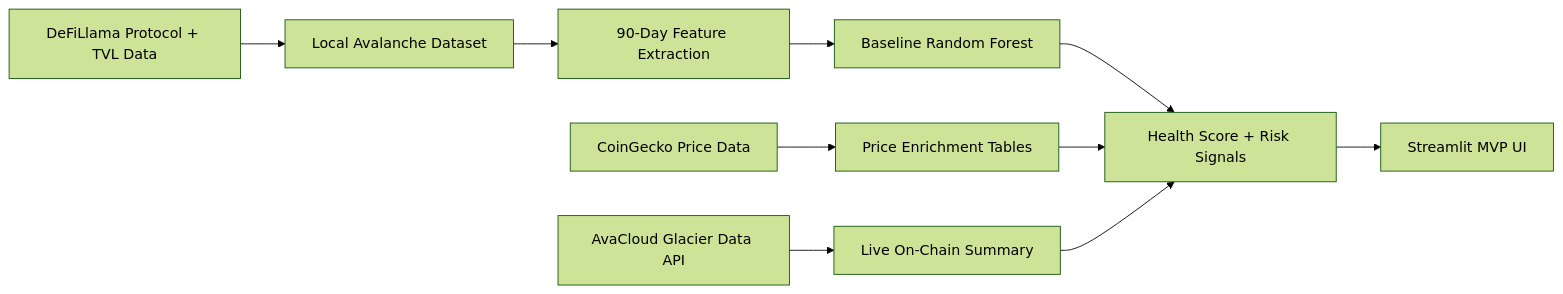
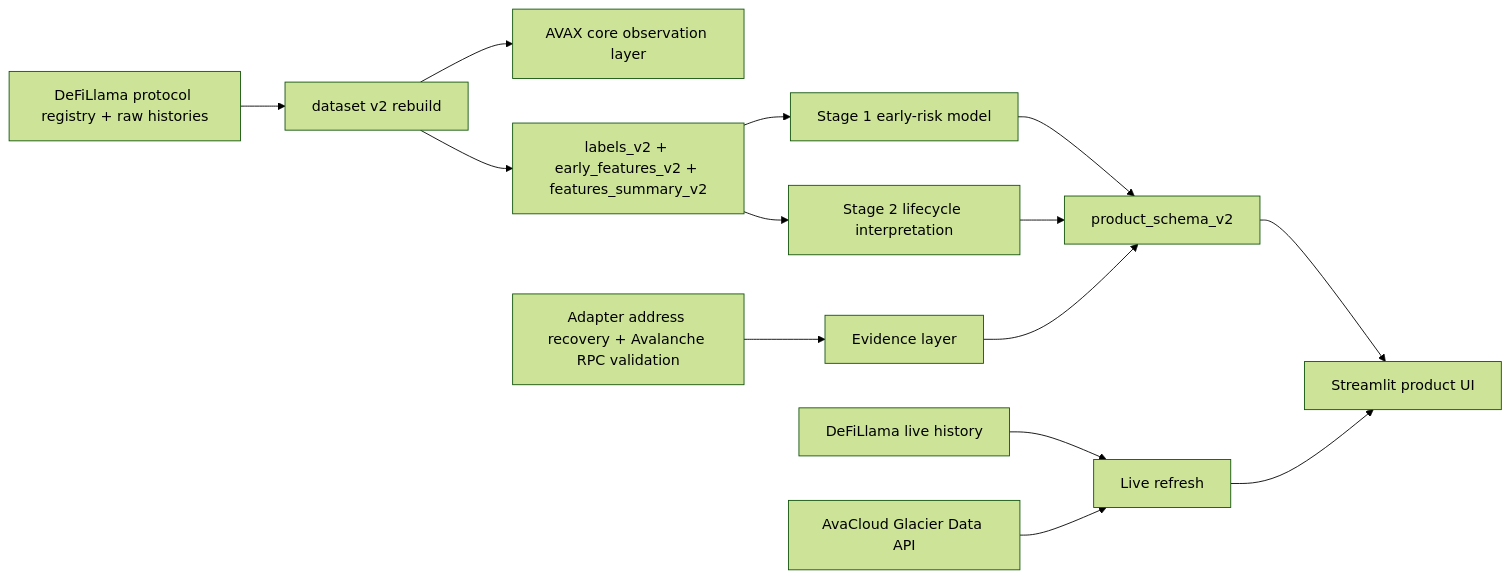
One commit to yangyuwen-bri/AvaForensics changed the diagram in docs/TECHNICAL_IMPLEMENTATION.md. Above: the diagram before and after it, drawn with Mermaid (forest theme). The commit also changed other lines of this file and 3 other files, not shown here.

Commit message:
Upgrade product to dataset v2 lifecycle workflow

````diff
--- a/docs/TECHNICAL_IMPLEMENTATION.md
+++ b/docs/TECHNICAL_IMPLEMENTATION.md
@@ -11,12 +22,16 @@
 ```mermaid
 flowchart LR
-    A["DeFiLlama Protocol + TVL Data"] --> B["Local Avalanche Dataset"]
-    C["CoinGecko Price Data"] --> D["Price Enrichment Tables"]
-    E["AvaCloud Glacier Data API"] --> F["Live On-Chain Summary"]
-    B --> G["90-Day Feature Extraction"]
-    G --> H["Baseline Random Forest"]
-    H --> I["Health Score + Risk Signals"]
-    D --> I
+    A["DeFiLlama protocol registry + raw histories"] --> B["dataset v2 rebuild"]
+    B --> C["AVAX core observation layer"]
+    B --> D["labels_v2 + early_features_v2 + features_summary_v2"]
+    D --> E["Stage 1 early-risk model"]
+    D --> F["Stage 2 lifecycle interpretation"]
+    G["Adapter address recovery + Avalanche RPC validation"] --> H["Evidence layer"]
+    E --> I["product_schema_v2"]
     F --> I
-    I --> J["Streamlit MVP UI"]
+    H --> I
+    I --> J["Streamlit product UI"]
+    K["DeFiLlama live history"] --> L["Live refresh"]
+    M["AvaCloud Glacier Data API"] --> L
+    L --> J
 ```
````
